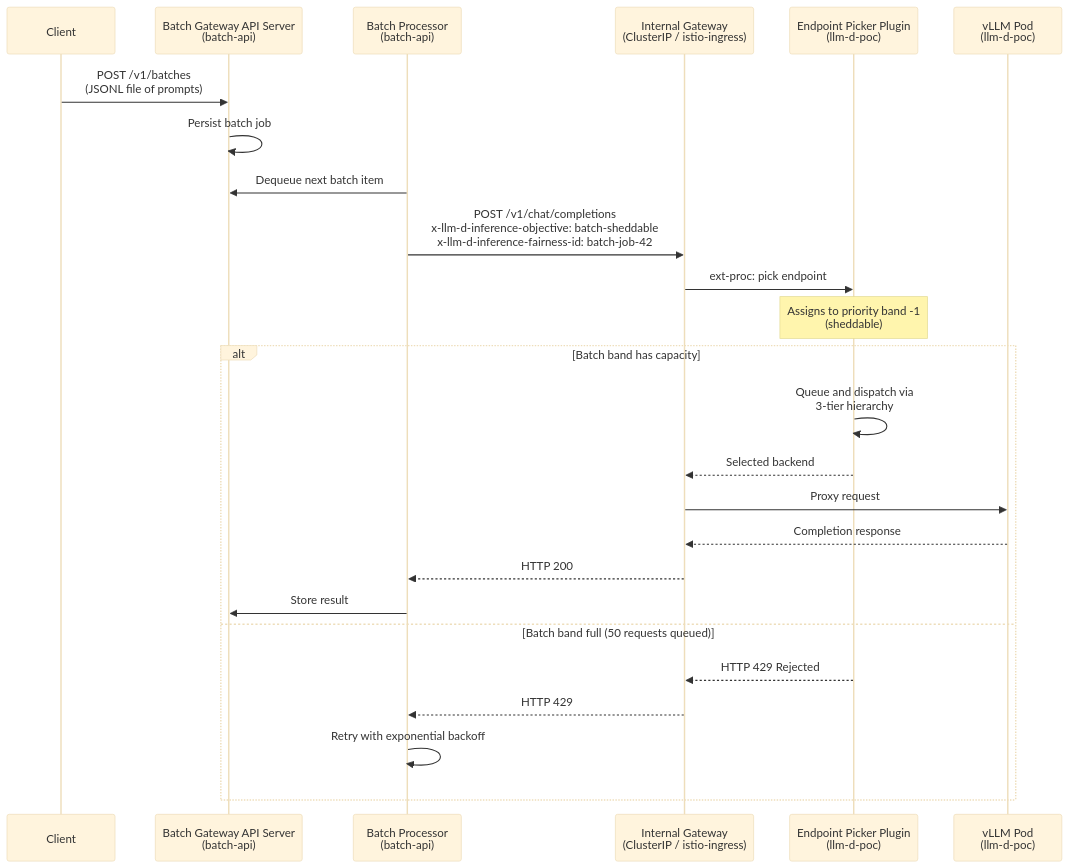
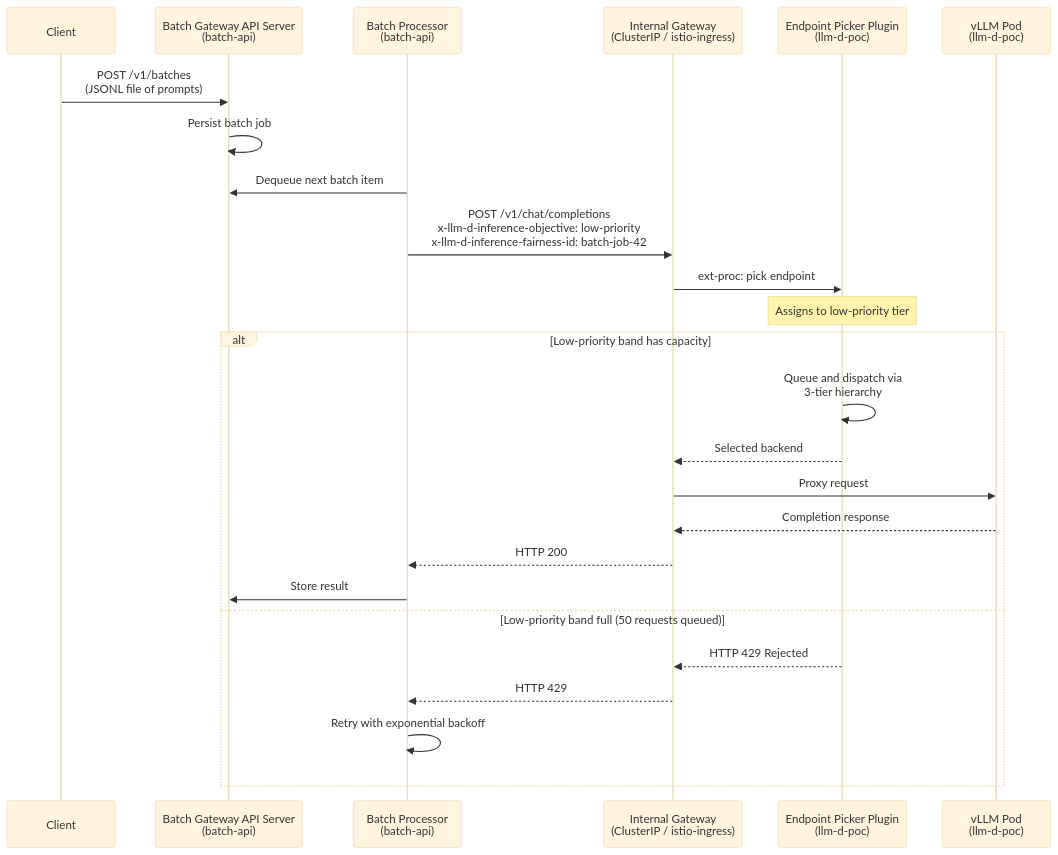
The second of 4 diagrams in docs/architecture.md (dandawg/llm-d-flow-control-demo), drawn with Mermaid (base theme) before and after one commit. The commit also changed other lines of this file and 33 other files, not shown here.

````diff
--- a/docs/architecture.md
+++ b/docs/architecture.md
@@ -88,28 +88,28 @@
 ```mermaid
 sequenceDiagram
     participant Client
     participant BatchAPI as Batch Gateway API Server<br/>(batch-api)
     participant Processor as Batch Processor<br/>(batch-api)
     participant IntGW as Internal Gateway<br/>(ClusterIP / istio-ingress)
     participant EPP as Endpoint Picker Plugin<br/>(llm-d-poc)
     participant VLLM as vLLM Pod<br/>(llm-d-poc)
 
     Client->>BatchAPI: POST /v1/batches<br/>(JSONL file of prompts)
     BatchAPI->>BatchAPI: Persist batch job
     Processor->>BatchAPI: Dequeue next batch item
-    Processor->>IntGW: POST /v1/chat/completions<br/>x-llm-d-inference-objective: batch-sheddable<br/>x-llm-d-inference-fairness-id: batch-job-42
+    Processor->>IntGW: POST /v1/chat/completions<br/>x-llm-d-inference-objective: low-priority<br/>x-llm-d-inference-fairness-id: batch-job-42
     IntGW->>EPP: ext-proc: pick endpoint
-    Note over EPP: Assigns to priority band -1<br/>(sheddable)
-    alt Batch band has capacity
+    Note over EPP: Assigns to low-priority tier
+    alt Low-priority band has capacity
         EPP->>EPP: Queue and dispatch via<br/>3-tier hierarchy
         EPP-->>IntGW: Selected backend
         IntGW->>VLLM: Proxy request
         VLLM-->>IntGW: Completion response
         IntGW-->>Processor: HTTP 200
         Processor->>BatchAPI: Store result
-    else Batch band full (50 requests queued)
+    else Low-priority band full (50 requests queued)
         EPP-->>IntGW: HTTP 429 Rejected
         IntGW-->>Processor: HTTP 429
         Processor->>Processor: Retry with exponential backoff
     end
 ```
````
